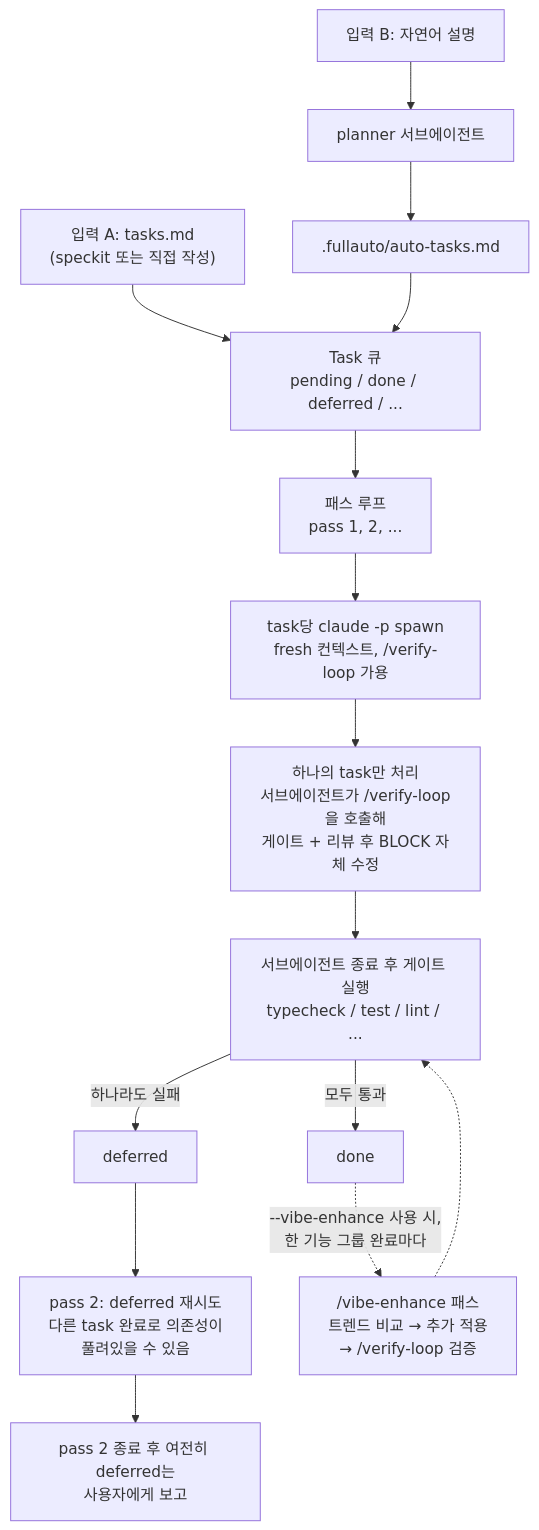
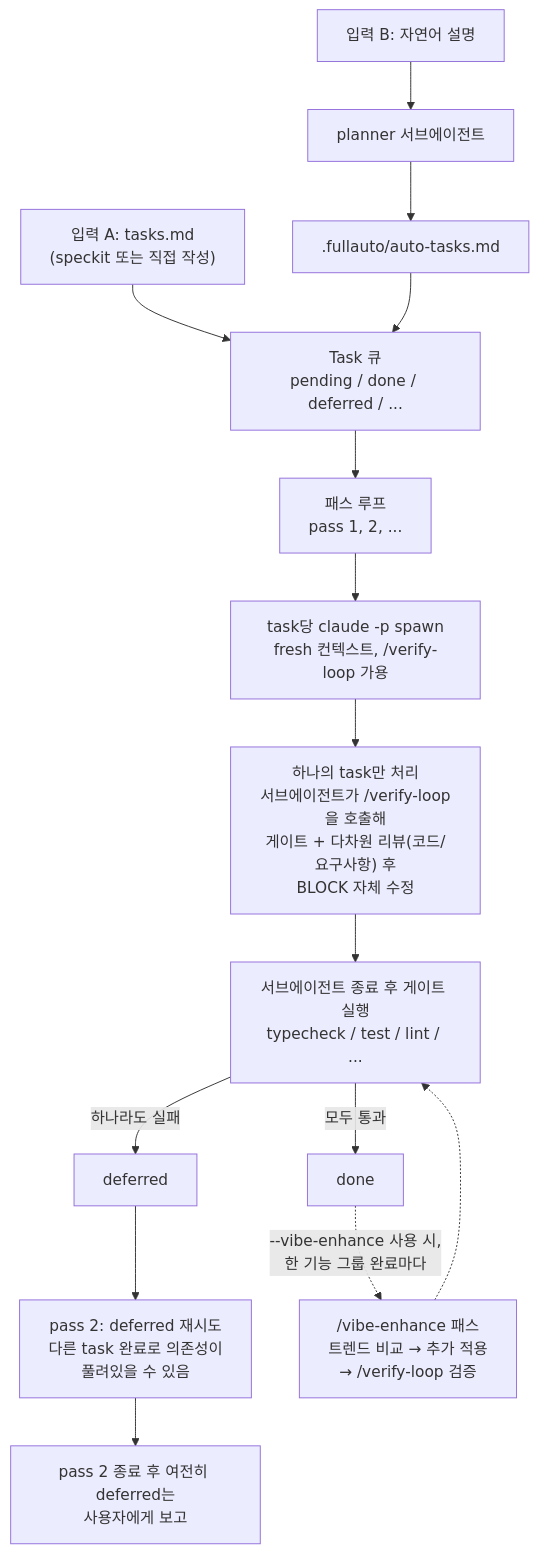
One commit to mincheolchae/fullauto-cc changed the diagram in README.md. Above: the diagram before and after it, drawn with Mermaid. The commit also changed other lines of this file and 2 other files, not shown here.

First line of the commit message:
feat: verify-loop checks requirements-fit; propagate unmet bullets across passes

````diff
--- a/README.md
+++ b/README.md
@@ -20,17 +21,17 @@
 ```mermaid
 flowchart TD
     A["입력 A: tasks.md<br/>(speckit 또는 직접 작성)"] --> Q
     B["입력 B: 자연어 설명"] --> Planner["planner 서브에이전트"]
     Planner --> AT[".fullauto/auto-tasks.md"]
     AT --> Q
     Q["Task 큐<br/>pending / done / deferred / ..."] --> Loop["패스 루프<br/>pass 1, 2, ..."]
     Loop --> Spawn["task당 claude -p spawn<br/>fresh 컨텍스트, /verify-loop 가용"]
-    Spawn --> Sub["하나의 task만 처리<br/>서브에이전트가 /verify-loop을 호출해<br/>게이트 + 리뷰 후 BLOCK 자체 수정"]
+    Spawn --> Sub["하나의 task만 처리<br/>서브에이전트가 /verify-loop을 호출해<br/>게이트 + 다차원 리뷰(코드/요구사항) 후<br/>BLOCK 자체 수정"]
     Sub --> Gates["서브에이전트 종료 후 게이트 실행<br/>typecheck / test / lint / ..."]
     Gates -->|모두 통과| Done["done"]
     Gates -->|하나라도 실패| Deferred["deferred"]
     Deferred --> P2["pass 2: deferred 재시도<br/>다른 task 완료로 의존성이<br/>풀려있을 수 있음"]
     P2 --> R["pass 2 종료 후 여전히 deferred는<br/>사용자에게 보고"]
     Done -.->|"--vibe-enhance 사용 시,<br/>한 기능 그룹 완료마다"| Vibe["/vibe-enhance 패스<br/>트렌드 비교 → 추가 적용<br/>→ /verify-loop 검증"]
     Vibe -.-> Gates
 ```
````
